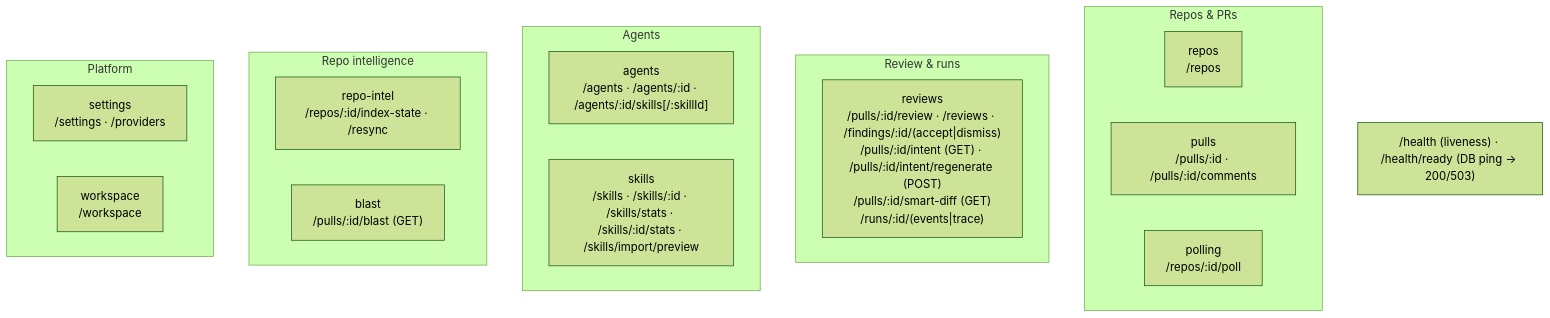
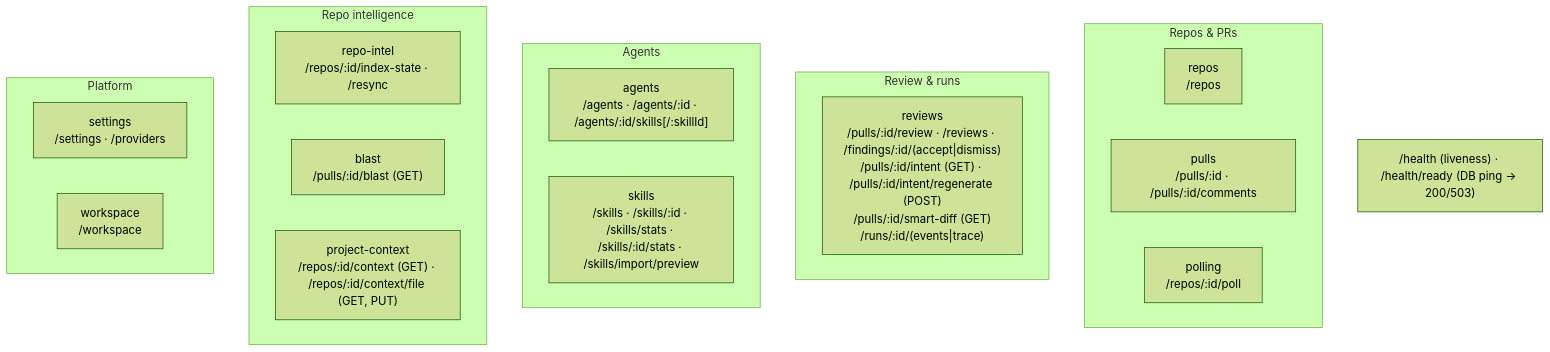
Before and after one commit to free3et/dev-digest: the second of 2 diagrams in server/README.md, drawn with Mermaid (forest theme). The commit also changed other lines of this file and 22 other files, not shown here.

First line of the commit message:
feat(server): project-context docs API with safe local edit

````diff
--- a/server/README.md
+++ b/server/README.md
@@ -64,24 +64,25 @@
 ```mermaid
 flowchart TB
   subgraph Repos_PRs["Repos & PRs"]
     repos["repos<br/>/repos"]
     pulls["pulls<br/>/pulls/:id · /pulls/:id/comments"]
     polling["polling<br/>/repos/:id/poll"]
   end
   subgraph Review["Review & runs"]
     reviews["reviews<br/>/pulls/:id/review · /reviews · /findings/:id/(accept|dismiss)<br/>/pulls/:id/intent (GET) · /pulls/:id/intent/regenerate (POST)<br/>/pulls/:id/smart-diff (GET)<br/>/runs/:id/(events|trace)"]
   end
   subgraph Agents["Agents"]
     agents["agents<br/>/agents · /agents/:id · /agents/:id/skills[/:skillId]"]
     skills["skills<br/>/skills · /skills/:id · /skills/stats · /skills/:id/stats · /skills/import/preview"]
   end
   subgraph Intel["Repo intelligence"]
     repoIntel["repo-intel<br/>/repos/:id/index-state · /resync"]
     blast["blast<br/>/pulls/:id/blast (GET)"]
+    projectContext["project-context<br/>/repos/:id/context (GET) · /repos/:id/context/file (GET, PUT)"]
   end
   subgraph Platform["Platform"]
     settings["settings<br/>/settings · /providers"]
     workspace["workspace<br/>/workspace"]
   end
   HEALTH["/health (liveness) · /health/ready (DB ping → 200/503)"]
 ```
````
